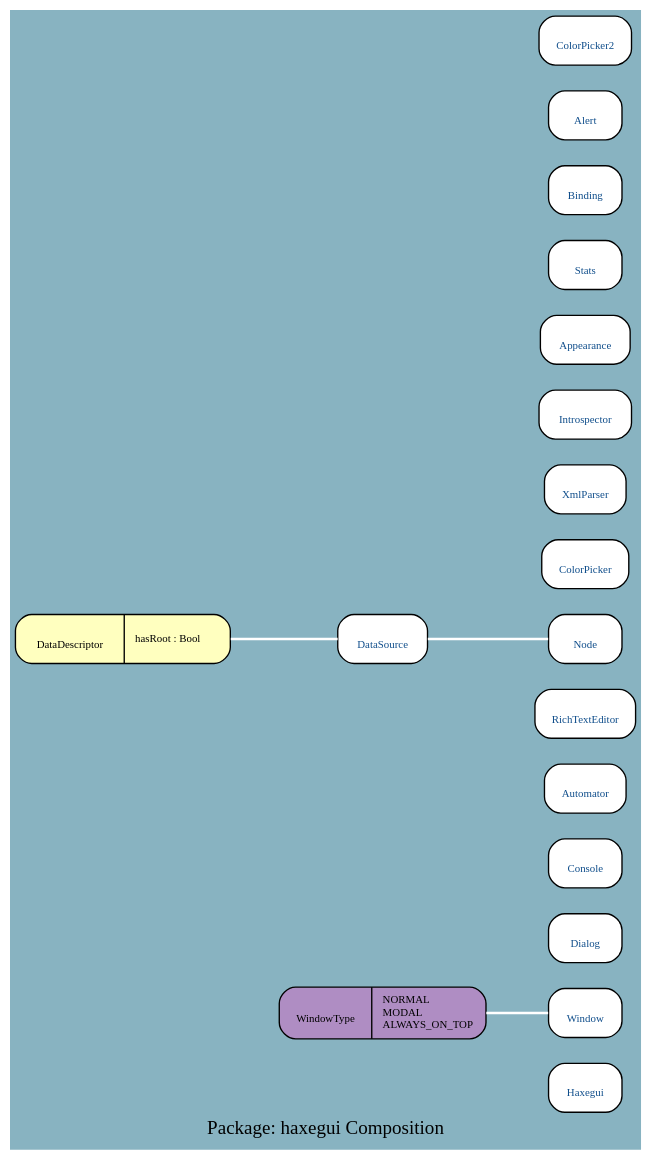
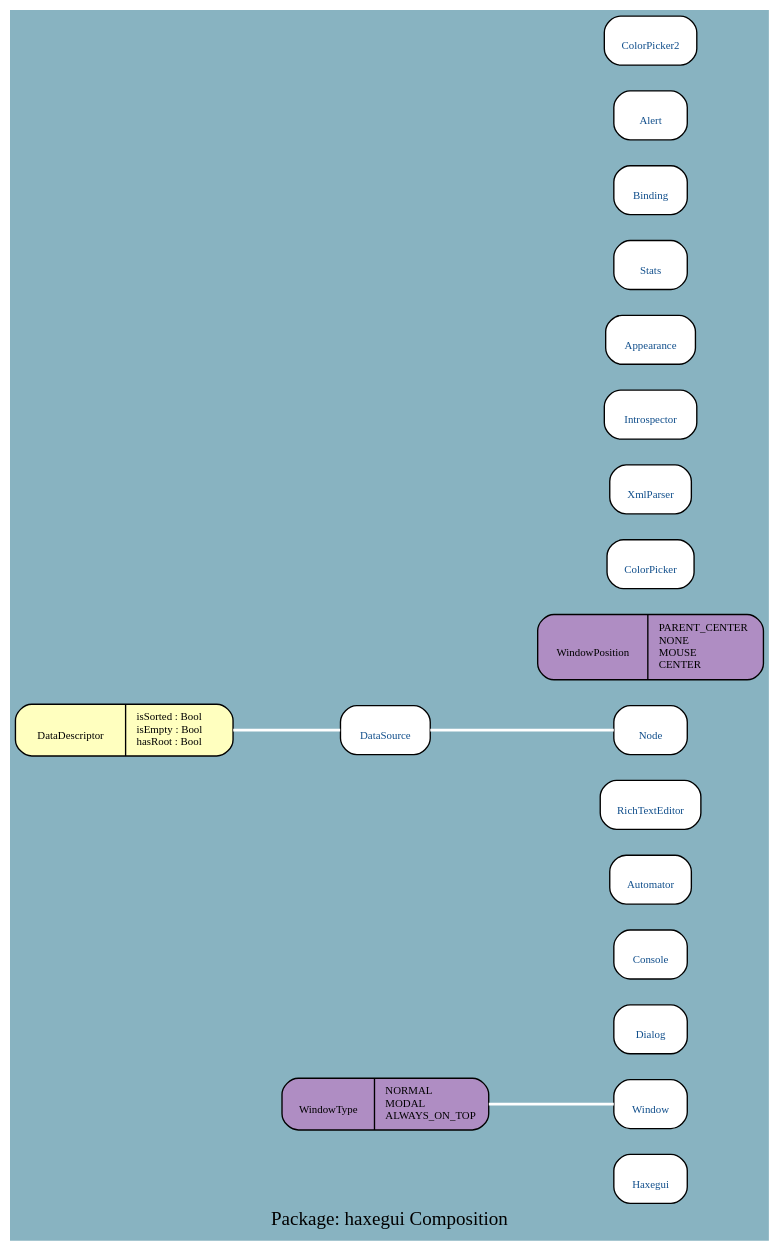
One commit to google-code-export/haxegui changed the diagram in docs/uml/haxegui_C.dot. Above: the diagram before and after it, drawn with Graphviz. The commit also changed 246 other files, not shown here.

Commit message:
some xml, UiList, Introspector updates

```diff
--- a/docs/uml/haxegui_C.dot
+++ b/docs/uml/haxegui_C.dot
@@ -1,28 +1,29 @@
 digraph uml {
 	graph [label="Package: haxegui Composition", ratio=compress, rankdir=RL, smoothing=avg_dist, overlap=false, fontname="DejaVu Sans Condenesed", fontsize=14, bgcolor="#88B3C1", fontcolor=black];
 	node [label="\N", fontname="DejaVu Sans Condenesed", fontsize=8, shape=record, color=black, fontcolor=black];
 	edge [fontname="DejaVu Sans Condenesed", fontsize=8, color=black, fontcolor=black];
-	graph [lp="229,12",
-		bb="0,0,458,817"];
-	"haxegui.Haxegui" [label="{\nHaxegui}", fontcolor="#104E8B", style="rounded,filled", fillcolor=white, URL="../types/haxegui/Haxegui.html", tooltip="\nHaxegui", pos="420,43", rects="393,25,447,61", width="0.75", height="0.50"];
-	"haxegui.Window" [label="{\nWindow}", fontcolor="#104E8B", style="rounded,filled", fillcolor=white, URL="../types/haxegui/Window.html", tooltip="\nWindow", pos="420,97", rects="393,79,447,115", width="0.75", height="0.50"];
-	"haxegui.WindowType" [label="{\nWindowType|NORMAL\lMODAL\lALWAYS_ON_TOP\l}", style="rounded,filled", fillcolor="#af8dc3", pos="270,97", rects="194,78,260,116 260,78,346,116", width="2.11", height="0.53"];
-	"haxegui.Dialog" [label="{\nDialog}", fontcolor="#104E8B", style="rounded,filled", fillcolor=white, URL="../types/haxegui/Dialog.html", tooltip="\nDialog", pos="420,151", rects="393,133,447,169", width="0.75", height="0.50"];
-	"haxegui.Console" [label="{\nConsole}", fontcolor="#104E8B", style="rounded,filled", fillcolor=white, URL="../types/haxegui/Console.html", tooltip="\nConsole", pos="420,205", rects="393,187,447,223", width="0.75", height="0.50"];
-	"haxegui.Automator" [label="{\nAutomator}", fontcolor="#104E8B", style="rounded,filled", fillcolor=white, URL="../types/haxegui/Automator.html", tooltip="\nAutomator", pos="420,259", rects="390,241,450,277", width="0.83", height="0.50"];
-	"haxegui.RichTextEditor" [label="{\nRichTextEditor}", fontcolor="#104E8B", style="rounded,filled", fillcolor=white, URL="../types/haxegui/RichTextEditor.html", tooltip="\nRichTextEditor", pos="420,313", rects="383,295,458,331", width="1.03", height="0.50"];
-	"haxegui.DataDescriptor" [label="{\nDataDescriptor|hasRoot : Bool\l}", style="rounded,filled", fillcolor="#ffffbf", pos="79,367", rects="0,349,80,385 80,349,158,385", width="2.19", height="0.50"];
-	"haxegui.DataSource" [label="{\nDataSource}", fontcolor="#104E8B", style="rounded,filled", fillcolor=white, URL="../types/haxegui/DataSource.html", tooltip="\nDataSource", pos="270,367", rects="237,349,303,385", width="0.92", height="0.50"];
-	"haxegui.ColorPicker" [label="{\nColorPicker}", fontcolor="#104E8B", style="rounded,filled", fillcolor=white, URL="../types/haxegui/ColorPicker.html", tooltip="\nColorPicker", pos="420,421", rects="388,403,452,439", width="0.89", height="0.50"];
-	"haxegui.XmlParser" [label="{\nXmlParser}", fontcolor="#104E8B", style="rounded,filled", fillcolor=white, URL="../types/haxegui/XmlParser.html", tooltip="\nXmlParser", pos="420,475", rects="390,457,450,493", width="0.83", height="0.50"];
-	"haxegui.Node" [label="{\nNode}", fontcolor="#104E8B", style="rounded,filled", fillcolor=white, URL="../types/haxegui/Node.html", tooltip="\nNode", pos="420,367", rects="393,349,447,385", width="0.75", height="0.50"];
-	"haxegui.Introspector" [label="{\nIntrospector}", fontcolor="#104E8B", style="rounded,filled", fillcolor=white, URL="../types/haxegui/Introspector.html", tooltip="\nIntrospector", pos="420,529", rects="386,511,454,547", width="0.94", height="0.50"];
-	"haxegui.Appearance" [label="{\nAppearance}", fontcolor="#104E8B", style="rounded,filled", fillcolor=white, URL="../types/haxegui/Appearance.html", tooltip="\nAppearance", pos="420,583", rects="387,565,453,601", width="0.92", height="0.50"];
-	"haxegui.Stats" [label="{\nStats}", fontcolor="#104E8B", style="rounded,filled", fillcolor=white, URL="../types/haxegui/Stats.html", tooltip="\nStats", pos="420,637", rects="393,619,447,655", width="0.75", height="0.50"];
-	"haxegui.Binding" [label="{\nBinding}", fontcolor="#104E8B", style="rounded,filled", fillcolor=white, URL="../types/haxegui/Binding.html", tooltip="\nBinding", pos="420,691", rects="393,673,447,709", width="0.75", height="0.50"];
-	"haxegui.Alert" [label="{\nAlert}", fontcolor="#104E8B", style="rounded,filled", fillcolor=white, URL="../types/haxegui/Alert.html", tooltip="\nAlert", pos="420,745", rects="393,727,447,763", width="0.75", height="0.50"];
-	"haxegui.ColorPicker2" [label="{\nColorPicker2}", fontcolor="#104E8B", style="rounded,filled", fillcolor=white, URL="../types/haxegui/ColorPicker2.html", tooltip="\nColorPicker2", pos="420,799", rects="386,781,455,817", width="0.94", height="0.50"];
-	"haxegui.Window" -> "haxegui.WindowType" [color=white, style=bold, arrowhead=none, arrowtail=diamond, arrowsize=1, pos="s,393,97 381,97 370,97 358,97 346,97"];
-	"haxegui.DataSource" -> "haxegui.DataDescriptor" [color=white, style=bold, arrowhead=none, arrowtail=diamond, arrowsize=1, pos="s,237,367 225,367 205,367 181,367 158,367"];
-	"haxegui.Node" -> "haxegui.DataSource" [color=white, style=bold, arrowhead=none, arrowtail=diamond, arrowsize=1, pos="s,393,367 381,367 357,367 326,367 303,367"];
+	graph [lp="275,12",
+		bb="0,0,550,883"];
+	"haxegui.Haxegui" [label="{\nHaxegui}", fontcolor="#104E8B", style="rounded,filled", fillcolor=white, URL="../types/haxegui/Haxegui.html", tooltip="\nHaxegui", pos="467,43", rects="440,25,494,61", width="0.75", height="0.50"];
+	"haxegui.Window" [label="{\nWindow}", fontcolor="#104E8B", style="rounded,filled", fillcolor=white, URL="../types/haxegui/Window.html", tooltip="\nWindow", pos="467,97", rects="440,79,494,115", width="0.75", height="0.50"];
+	"haxegui.WindowType" [label="{\nWindowType|NORMAL\lMODAL\lALWAYS_ON_TOP\l}", style="rounded,filled", fillcolor="#af8dc3", pos="272,97", rects="196,78,262,116 262,78,348,116", width="2.11", height="0.53"];
+	"haxegui.Dialog" [label="{\nDialog}", fontcolor="#104E8B", style="rounded,filled", fillcolor=white, URL="../types/haxegui/Dialog.html", tooltip="\nDialog", pos="467,151", rects="440,133,494,169", width="0.75", height="0.50"];
+	"haxegui.Console" [label="{\nConsole}", fontcolor="#104E8B", style="rounded,filled", fillcolor=white, URL="../types/haxegui/Console.html", tooltip="\nConsole", pos="467,205", rects="440,187,494,223", width="0.75", height="0.50"];
+	"haxegui.Automator" [label="{\nAutomator}", fontcolor="#104E8B", style="rounded,filled", fillcolor=white, URL="../types/haxegui/Automator.html", tooltip="\nAutomator", pos="467,259", rects="437,241,497,277", width="0.83", height="0.50"];
+	"haxegui.RichTextEditor" [label="{\nRichTextEditor}", fontcolor="#104E8B", style="rounded,filled", fillcolor=white, URL="../types/haxegui/RichTextEditor.html", tooltip="\nRichTextEditor", pos="467,313", rects="430,295,505,331", width="1.03", height="0.50"];
+	"haxegui.DataDescriptor" [label="{\nDataDescriptor|isSorted : Bool\lisEmpty : Bool\lhasRoot : Bool\l}", style="rounded,filled", fillcolor="#ffffbf", pos="80,367", rects="0,348,80,386 80,348,160,386", width="2.22", height="0.53"];
+	"haxegui.DataSource" [label="{\nDataSource}", fontcolor="#104E8B", style="rounded,filled", fillcolor=white, URL="../types/haxegui/DataSource.html", tooltip="\nDataSource", pos="272,367", rects="239,349,305,385", width="0.92", height="0.50"];
+	"haxegui.WindowPosition" [label="{\nWindowPosition|PARENT_CENTER\lNONE\lMOUSE\lCENTER\l}", style="rounded,filled", fillcolor="#af8dc3", pos="467,427", rects="384,403,465,451 465,403,550,451", width="2.31", height="0.67"];
+	"haxegui.ColorPicker" [label="{\nColorPicker}", fontcolor="#104E8B", style="rounded,filled", fillcolor=white, URL="../types/haxegui/ColorPicker.html", tooltip="\nColorPicker", pos="467,487", rects="435,469,499,505", width="0.89", height="0.50"];
+	"haxegui.XmlParser" [label="{\nXmlParser}", fontcolor="#104E8B", style="rounded,filled", fillcolor=white, URL="../types/haxegui/XmlParser.html", tooltip="\nXmlParser", pos="467,541", rects="437,523,497,559", width="0.83", height="0.50"];
+	"haxegui.Node" [label="{\nNode}", fontcolor="#104E8B", style="rounded,filled", fillcolor=white, URL="../types/haxegui/Node.html", tooltip="\nNode", pos="467,367", rects="440,349,494,385", width="0.75", height="0.50"];
+	"haxegui.Introspector" [label="{\nIntrospector}", fontcolor="#104E8B", style="rounded,filled", fillcolor=white, URL="../types/haxegui/Introspector.html", tooltip="\nIntrospector", pos="467,595", rects="433,577,501,613", width="0.94", height="0.50"];
+	"haxegui.Appearance" [label="{\nAppearance}", fontcolor="#104E8B", style="rounded,filled", fillcolor=white, URL="../types/haxegui/Appearance.html", tooltip="\nAppearance", pos="467,649", rects="434,631,500,667", width="0.92", height="0.50"];
+	"haxegui.Stats" [label="{\nStats}", fontcolor="#104E8B", style="rounded,filled", fillcolor=white, URL="../types/haxegui/Stats.html", tooltip="\nStats", pos="467,703", rects="440,685,494,721", width="0.75", height="0.50"];
+	"haxegui.Binding" [label="{\nBinding}", fontcolor="#104E8B", style="rounded,filled", fillcolor=white, URL="../types/haxegui/Binding.html", tooltip="\nBinding", pos="467,757", rects="440,739,494,775", width="0.75", height="0.50"];
+	"haxegui.Alert" [label="{\nAlert}", fontcolor="#104E8B", style="rounded,filled", fillcolor=white, URL="../types/haxegui/Alert.html", tooltip="\nAlert", pos="467,811", rects="440,793,494,829", width="0.75", height="0.50"];
+	"haxegui.ColorPicker2" [label="{\nColorPicker2}", fontcolor="#104E8B", style="rounded,filled", fillcolor=white, URL="../types/haxegui/ColorPicker2.html", tooltip="\nColorPicker2", pos="467,865", rects="433,847,502,883", width="0.94", height="0.50"];
+	"haxegui.Window" -> "haxegui.WindowType" [color=white, style=bold, arrowhead=none, arrowtail=diamond, arrowsize=1, pos="s,440,97 428,97 405,97 376,97 348,97"];
+	"haxegui.DataSource" -> "haxegui.DataDescriptor" [color=white, style=bold, arrowhead=none, arrowtail=diamond, arrowsize=1, pos="s,239,367 227,367 207,367 183,367 160,367"];
+	"haxegui.Node" -> "haxegui.DataSource" [color=white, style=bold, arrowhead=none, arrowtail=diamond, arrowsize=1, pos="s,440,367 428,367 391,367 339,367 305,367"];
 }
```
